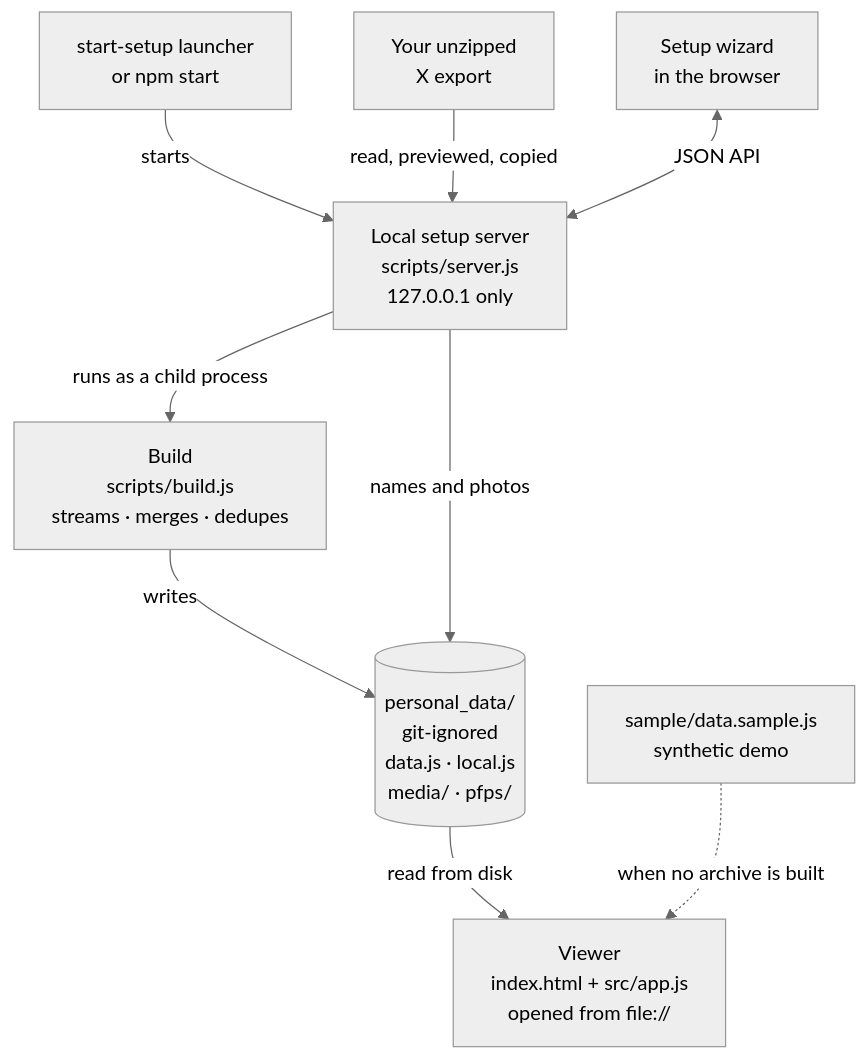
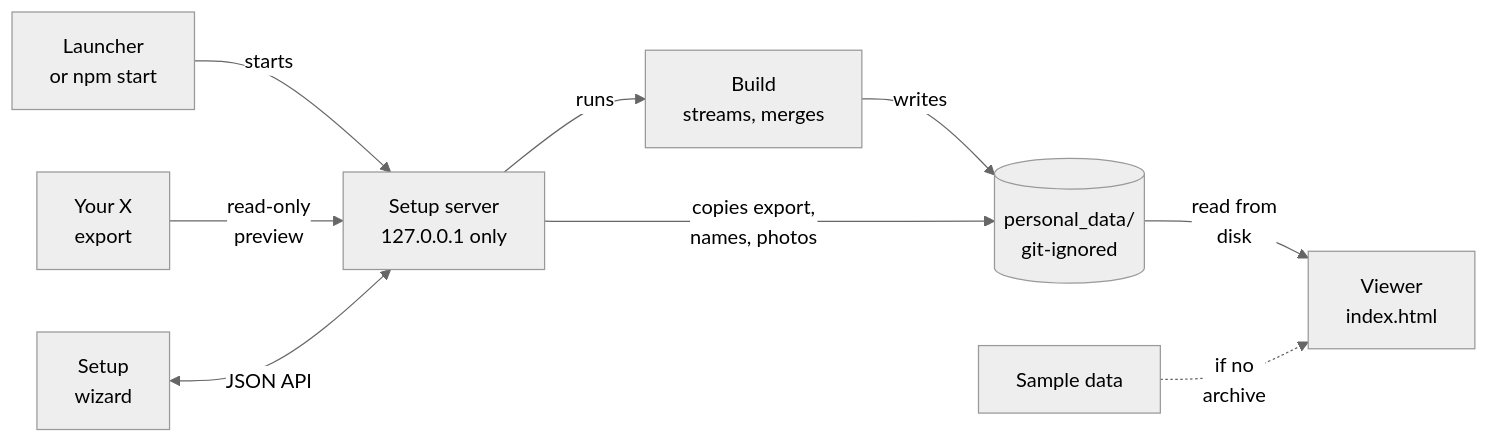
Before and after one commit to yib7/twitter_GC_archival: the diagram in README.md, drawn with Mermaid (neutral theme). The commit also changed other lines of this file, not shown here.

Commit message:
docs(readme): qualify the server's role, tighten the intro and Limitations words, and compact the flow diagram

````diff
--- a/README.md
+++ b/README.md
@@ -157,11 +159,11 @@
 ```mermaid
-flowchart TD
-  L["start-setup launcher<br/>or npm start"] -->|starts| S
-  X["Your unzipped<br/>X export"] -->|"read, previewed, copied"| S
-  W["Setup wizard<br/>in the browser"] <-->|"JSON API"| S["Local setup server<br/>scripts/server.js<br/>127.0.0.1 only"]
-  S -->|"runs as a child process"| B["Build<br/>scripts/build.js<br/>streams · merges · dedupes"]
-  B -->|writes| P[("personal_data/<br/>git-ignored<br/>data.js · local.js<br/>media/ · pfps/")]
-  S -->|"names and photos"| P
-  P -->|"read from disk"| V["Viewer<br/>index.html + src/app.js<br/>opened from file://"]
-  D["sample/data.sample.js<br/>synthetic demo"] -.->|"when no archive is built"| V
+flowchart LR
+  L["Launcher<br/>or npm start"] -->|starts| S
+  X["Your X<br/>export"] -->|"read-only<br/>preview"| S
+  W["Setup<br/>wizard"] <-->|"JSON API"| S["Setup server<br/>127.0.0.1 only"]
+  S -->|"runs"| B["Build<br/>streams, merges"]
+  B -->|"writes"| P[("personal_data/<br/>git-ignored")]
+  S -->|"copies export,<br/>names, photos"| P
+  P -->|"read from<br/>disk"| V["Viewer<br/>index.html"]
+  D["Sample data"] -.->|"if no<br/>archive"| V
 ```
````
